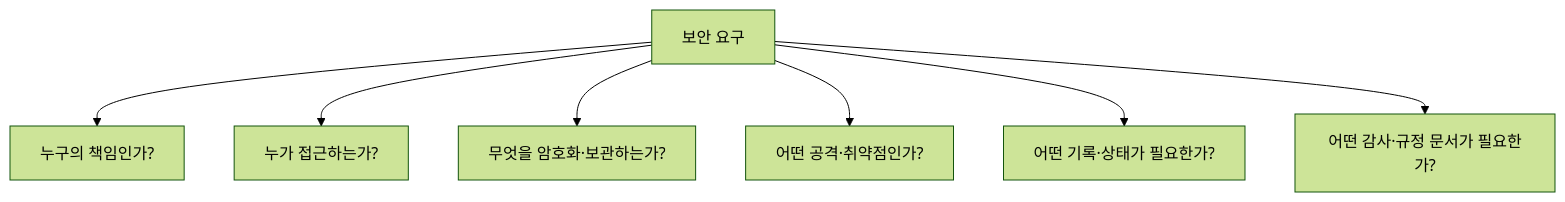
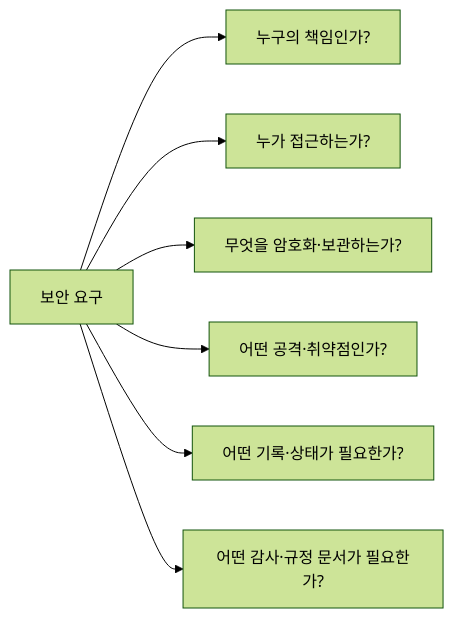
The sixth of 22 diagrams in content/posts/02.Security/aws/aws-ccp-study-1/index.md (noir1458/noir1458.github.io), drawn with Mermaid (forest theme) before and after one commit. The commit also changed other lines of this file and 14 other files, not shown here.

Commit message:
feat: improve diagram readability and CV print control

````diff
--- a/content/posts/02.Security/aws/aws-ccp-study-1/index.md
+++ b/content/posts/02.Security/aws/aws-ccp-study-1/index.md
@@ -383,9 +383,9 @@
 ```mermaid
-flowchart TD
+flowchart LR
     Q[보안 요구] --> R[누구의 책임인가?]
     Q --> I[누가 접근하는가?]
     Q --> D[무엇을 암호화·보관하는가?]
     Q --> T[어떤 공격·취약점인가?]
     Q --> M[어떤 기록·상태가 필요한가?]
     Q --> C[어떤 감사·규정 문서가 필요한가?]
 ```
````
